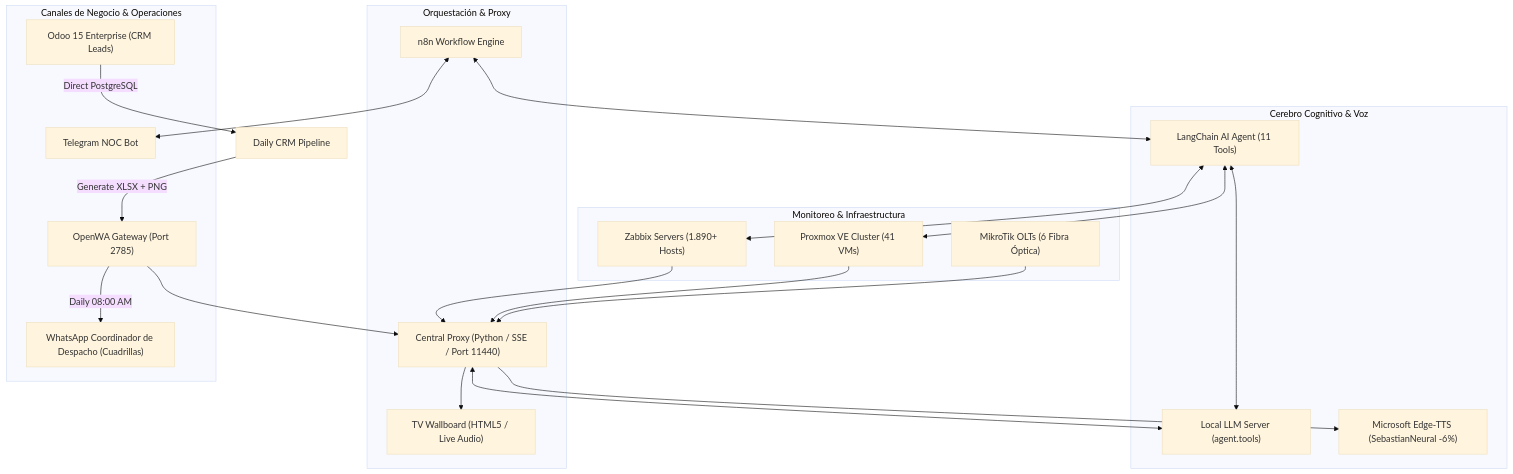
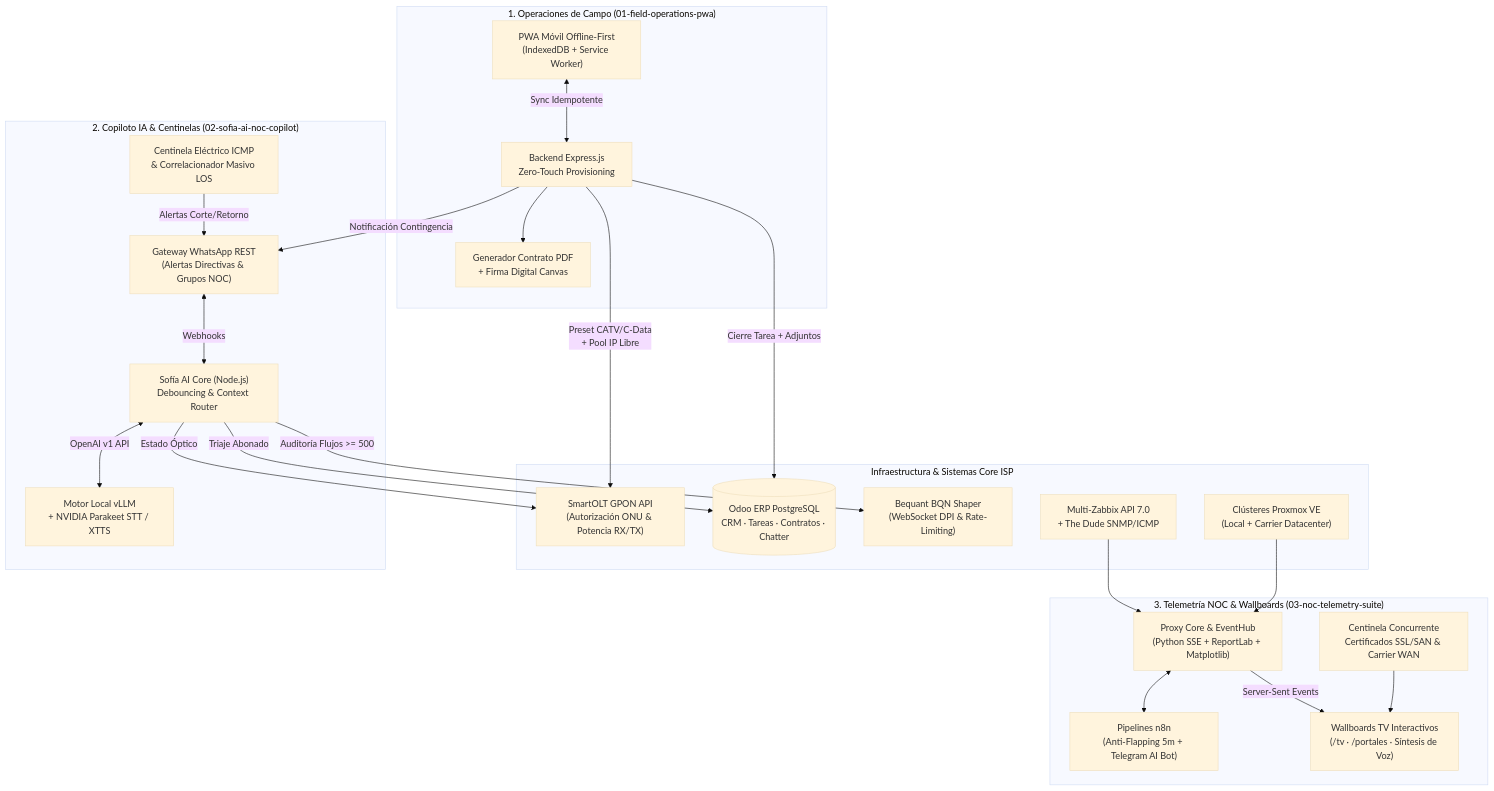
One commit to Cristiangabs/noc-automation-ai changed the diagram in README.md. Above: the diagram before and after it, drawn with Mermaid (base theme). The commit also changed other lines of this file and 52 other files, not shown here.

Commit message:
feat: unify End-to-End Telecom & NOC Intelligent Operations Suite (Field PWA, Sofia AI Copilot & NOC Telemetry)

````diff
--- a/README.md
+++ b/README.md
@@ -15,45 +22,49 @@
 ```mermaid
-flowchart TD
-    subgraph Monitoreo & Infraestructura
-        ZBX["Zabbix Servers (1.890+ Hosts)"]
-        PMX["Proxmox VE Cluster (41 VMs)"]
-        OLT["MikroTik OLTs (6 Fibra Óptica)"]
+flowchart TB
+    subgraph Field["1. Operaciones de Campo (01-field-operations-pwa)"]
+        PWA["PWA Móvil Offline-First\n(IndexedDB + Service Worker)"]
+        FAPP["Backend Express.js\nZero-Touch Provisioning"]
+        PDF["Generador Contrato PDF\n+ Firma Digital Canvas"]
     end
 
-    subgraph Cerebro Cognitivo & Voz
-        LLM["Local LLM Server (agent.tools)"]
-        TTS["Microsoft Edge-TTS (SebastianNeural -6%)"]
-        AI_AGENT["LangChain AI Agent (11 Tools)"]
+    subgraph CoreSystems["Infraestructura & Sistemas Core ISP"]
+        OLT["SmartOLT GPON API\n(Autorización ONU & Potencia RX/TX)"]
+        ODOO[("Odoo ERP PostgreSQL\nCRM · Tareas · Contratos · Chatter")]
+        BQN["Bequant BQN Shaper\n(WebSocket DPI & Rate-Limiting)"]
+        ZBX["Multi-Zabbix API 7.0\n+ The Dude SNMP/ICMP"]
+        PMX["Clústeres Proxmox VE\n(Local + Carrier Datacenter)"]
     end
 
-    subgraph Orquestación & Proxy
-        PROXY["Central Proxy (Python / SSE / Port 11440)"]
-        N8N["n8n Workflow Engine"]
-        WALLBOARD["TV Wallboard (HTML5 / Live Audio)"]
+    subgraph AI["2. Copiloto IA & Centinelas (02-sofia-ai-noc-copilot)"]
+        SOFIA["Sofía AI Core (Node.js)\nDebouncing & Context Router"]
+        VLLM["Motor Local vLLM\n+ NVIDIA Parakeet STT / XTTS"]
+        SENTINEL["Centinela Eléctrico ICMP\n& Correlacionador Masivo LOS"]
+        OWA["Gateway WhatsApp REST\n(Alertas Directivas & Grupos NOC)"]
     end
 
-    subgraph Canales de Negocio & Operaciones
-        WA_GW["OpenWA Gateway (Port 2785)"]
-        TG_BOT["Telegram NOC Bot"]
-        ODOO["Odoo 15 Enterprise (CRM Leads)"]
-        DISPATCH["WhatsApp Coordinador de Despacho (Cuadrillas)"]
+    subgraph Telemetry["3. Telemetría NOC & Wallboards (03-noc-telemetry-suite)"]
+        PROXY["Proxy Core & EventHub\n(Python SSE + ReportLab + Matplotlib)"]
+        N8N["Pipelines n8n\n(Anti-Flapping 5m + Telegram AI Bot)"]
+        WALL["Wallboards TV Interactivos\n(/tv · /portales · Síntesis de Voz)"]
+        SSLCHK["Centinela Concurrente\nCertificados SSL/SAN & Carrier WAN"]
     end
+
+    PWA <-->|"Sync Idempotente"| FAPP
+    FAPP -->|"Preset CATV/C-Data\n+ Pool IP Libre"| OLT
+    FAPP -->|"Cierre Tarea + Adjuntos"| ODOO
+    FAPP --> PDF
+    FAPP -->|"Notificación Contingencia"| OWA
+
+    OWA <-->|"Webhooks"| SOFIA
+    SOFIA <-->|"OpenAI v1 API"| VLLM
+    SOFIA -->|"Triaje Abonado"| ODOO
+    SOFIA -->|"Estado Óptico"| OLT
+    SOFIA -->|" Auditoría Flujos >= 500"| BQN
+    SENTINEL -->|"Alertas Corte/Retorno"| OWA
 
     ZBX --> PROXY
     PMX --> PROXY
-    OLT --> PROXY
-    PROXY --> WALLBOARD
-    PROXY <--> LLM
-    PROXY --> TTS
-
-    WA_GW --> PROXY
-    N8N <--> AI_AGENT
-    AI_AGENT <--> LLM
-    AI_AGENT <--> ZBX
-    AI_AGENT <--> PMX
-    N8N <--> TG_BOT
-
-    ODOO -->|Direct PostgreSQL| CRM_SCRIPT["Daily CRM Pipeline"]
-    CRM_SCRIPT -->|Generate XLSX + PNG| WA_GW
-    WA_GW -->|Daily 08:00 AM| DISPATCH
+    PROXY <--> N8N
+    PROXY -->|"Server-Sent Events"| WALL
+    SSLCHK --> WALL
 ```
````
